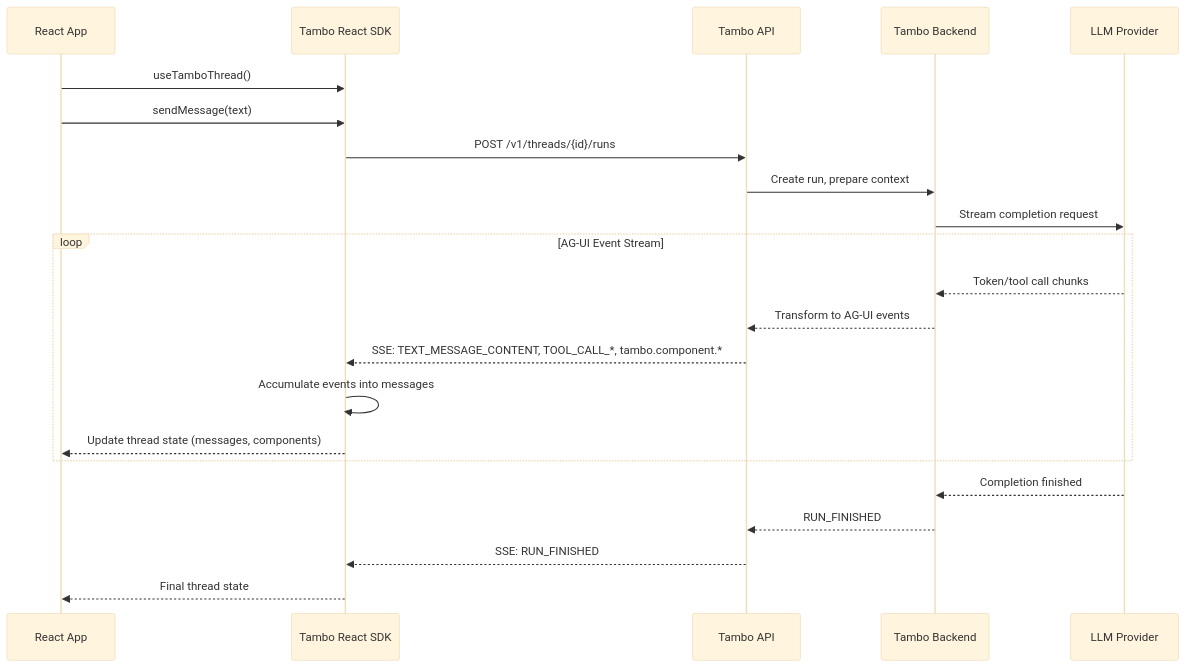
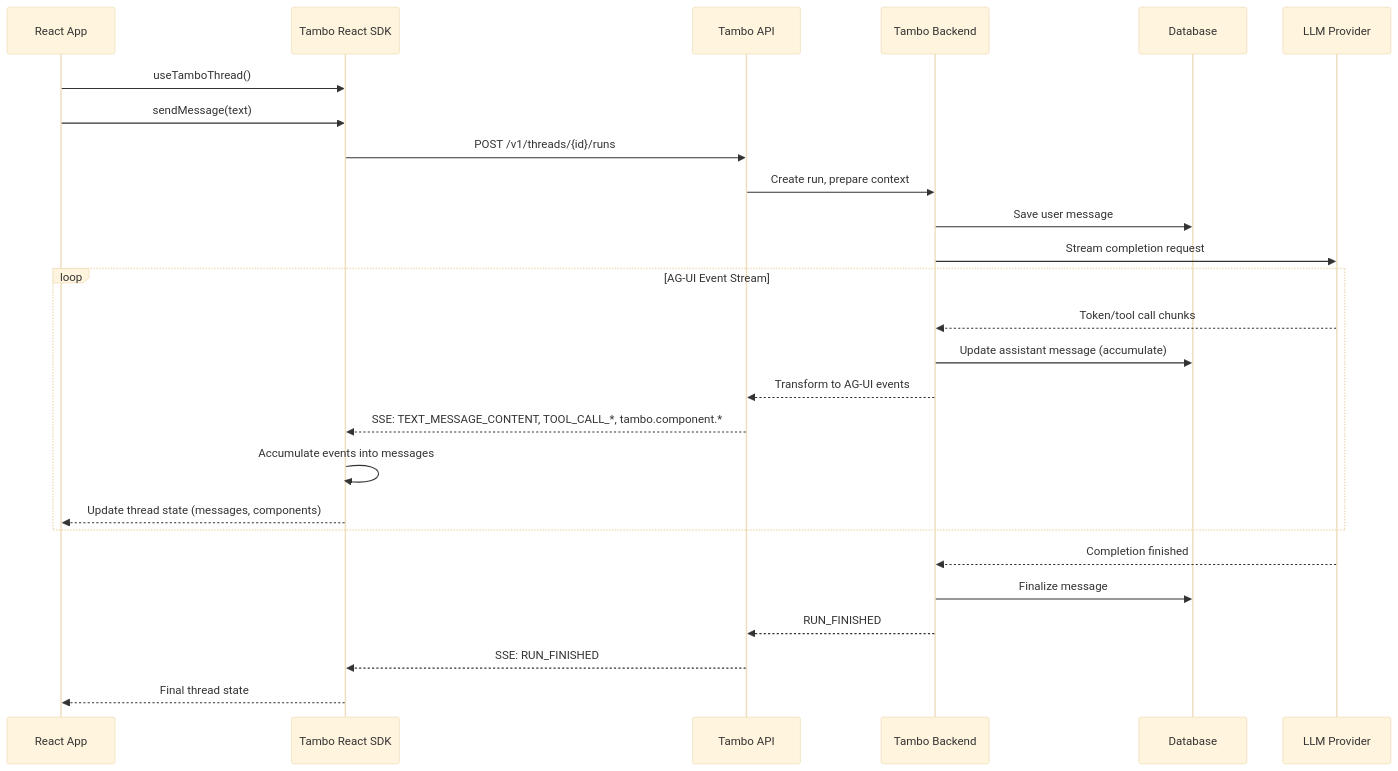
The first of 2 diagrams in plans/api-v1-proposal.md (tambo-ai/tambo), drawn with Mermaid (base theme) before and after one commit. The commit also changed other lines of this file, not shown here.

Commit message:
docs(api): refine architecture diagrams
Sequence diagram:
- Added Database participant
- Show user message saved before LLM call
- Show assistant message accumulated during streaming loop
- Show message finalized after completion

Flowchart:
- Moved LLM Providers inside Tambo Cloud (implementation detail)
- Renamed "External Services" to "Developer Configured" for MCP servers
- MCP servers are configured per-project by developers, not Tambo

🤖 Generated with [Claude Code](https://claude.com/claude-code)

````diff
--- a/plans/api-v1-proposal.md
+++ b/plans/api-v1-proposal.md
@@ -22,27 +22,31 @@
 ```mermaid
 sequenceDiagram
     participant App as React App
     participant SDK as Tambo React SDK
     participant API as Tambo API
     participant Backend as Tambo Backend
+    participant DB as Database
     participant LLM as LLM Provider
 
     App->>SDK: useTamboThread()
     App->>SDK: sendMessage(text)
     SDK->>API: POST /v1/threads/{id}/runs
     API->>Backend: Create run, prepare context
+    Backend->>DB: Save user message
     Backend->>LLM: Stream completion request
 
     loop AG-UI Event Stream
         LLM-->>Backend: Token/tool call chunks
+        Backend->>DB: Update assistant message (accumulate)
         Backend-->>API: Transform to AG-UI events
         API-->>SDK: SSE: TEXT_MESSAGE_CONTENT, TOOL_CALL_*, tambo.component.*
         SDK->>SDK: Accumulate events into messages
         SDK-->>App: Update thread state (messages, components)
     end
 
     LLM-->>Backend: Completion finished
+    Backend->>DB: Finalize message
     Backend-->>API: RUN_FINISHED
     API-->>SDK: SSE: RUN_FINISHED
     SDK-->>App: Final thread state
 ```
````
